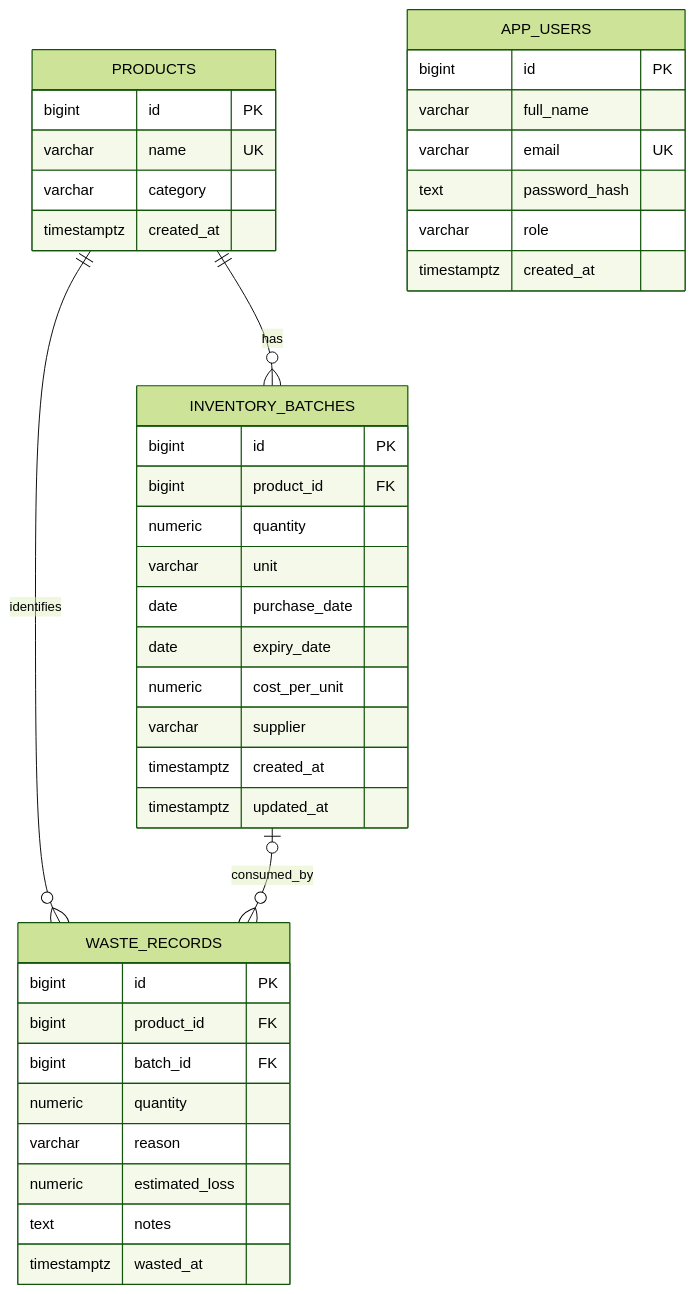
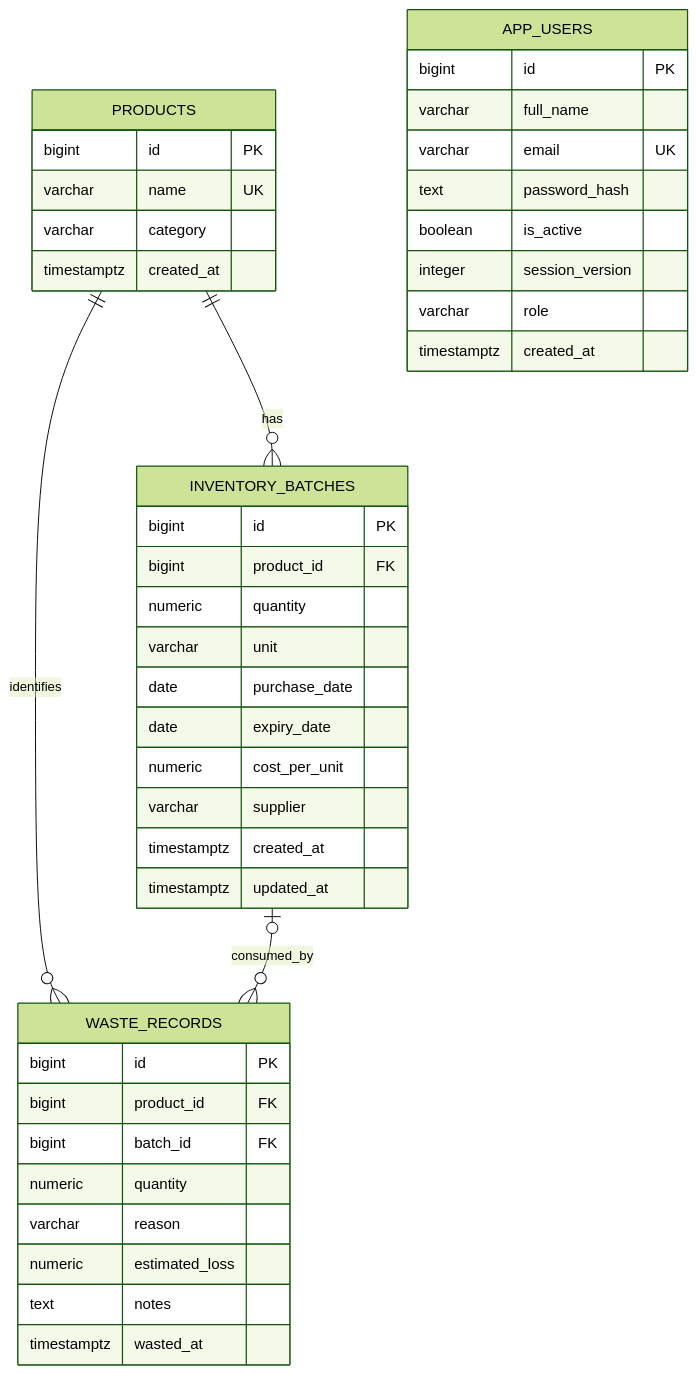
The diagram in docs/DATABASE_DESIGN.md (dhonimahi/DBMS_MINI_PROJECT), drawn with Mermaid (forest theme) before and after one commit. The commit also changed other lines of this file and 48 other files, not shown here.

````diff
--- a/docs/DATABASE_DESIGN.md
+++ b/docs/DATABASE_DESIGN.md
@@ -11,42 +11,44 @@
 ```mermaid
 erDiagram
     PRODUCTS ||--o{ INVENTORY_BATCHES : has
     PRODUCTS ||--o{ WASTE_RECORDS : identifies
     INVENTORY_BATCHES o|--o{ WASTE_RECORDS : consumed_by
     PRODUCTS {
         bigint id PK
         varchar name UK
         varchar category
         timestamptz created_at
     }
     INVENTORY_BATCHES {
         bigint id PK
         bigint product_id FK
         numeric quantity
         varchar unit
         date purchase_date
         date expiry_date
         numeric cost_per_unit
         varchar supplier
         timestamptz created_at
         timestamptz updated_at
     }
     WASTE_RECORDS {
         bigint id PK
         bigint product_id FK
         bigint batch_id FK
         numeric quantity
         varchar reason
         numeric estimated_loss
         text notes
         timestamptz wasted_at
     }
     APP_USERS {
         bigint id PK
         varchar full_name
         varchar email UK
         text password_hash
+        boolean is_active
+        integer session_version
         varchar role
         timestamptz created_at
     }
 ```
````
